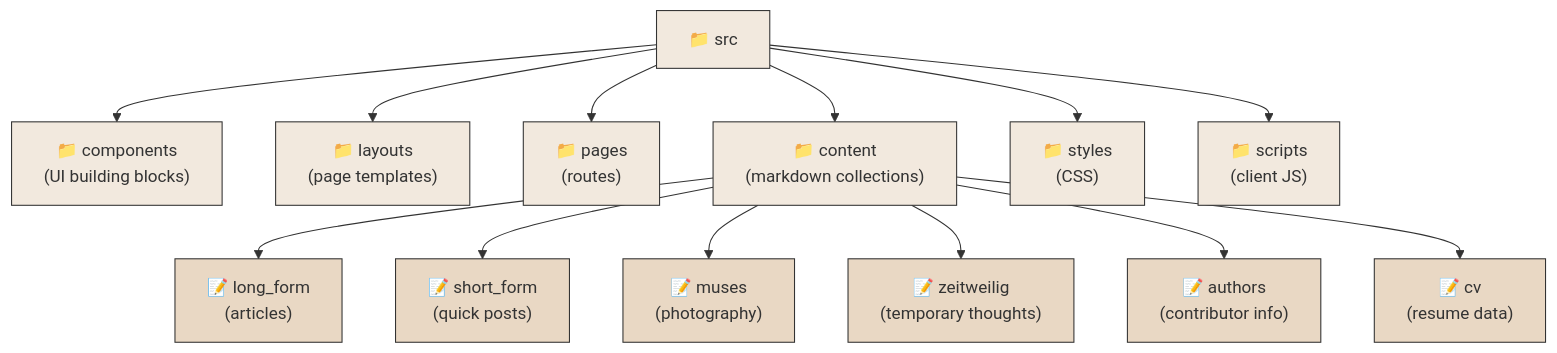
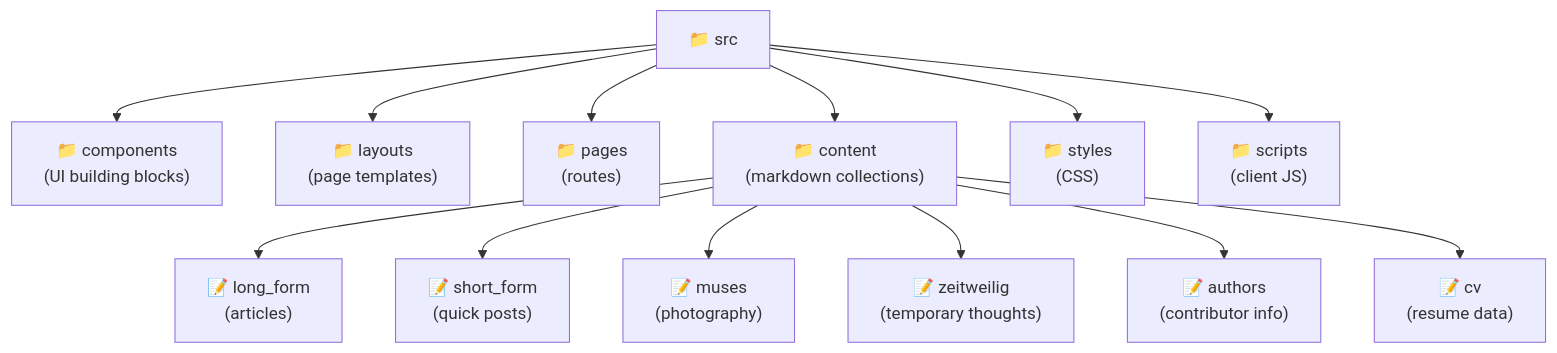
The second of 9 diagrams in README.md (erfianugrah/revista-3), drawn with Mermaid before and after one commit. The commit also changed other lines of this file and 4 other files, not shown here.

First line of the commit message:
chore: clean up docs — remove PLAN.md, merge Docker README, fix mermaid contrast

````diff
--- a/README.md
+++ b/README.md
@@ -61,22 +55,16 @@
 ```mermaid
 graph TD
-    classDef mainDir fill:#f2e9de,stroke:#333,stroke-width:1px
-    classDef contentDir fill:#e9d8c4,stroke:#333,stroke-width:1px
-
     B["📁 src"] --> E["📁 components<br>(UI building blocks)"]
     B --> F["📁 layouts<br>(page templates)"]
     B --> G["📁 pages<br>(routes)"]
     B --> H["📁 content<br>(markdown collections)"]
     B --> I["📁 styles<br>(CSS)"]
     B --> J["📁 scripts<br>(client JS)"]
 
     H --> K["📝 long_form<br>(articles)"]
     H --> L["📝 short_form<br>(quick posts)"]
     H --> M["📝 muses<br>(photography)"]
     H --> N["📝 zeitweilig<br>(temporary thoughts)"]
     H --> O["📝 authors<br>(contributor info)"]
     H --> P["📝 cv<br>(resume data)"]
-
-    class B,E,F,G,H,I,J mainDir
-    class K,L,M,N,O,P contentDir
 ```
````
